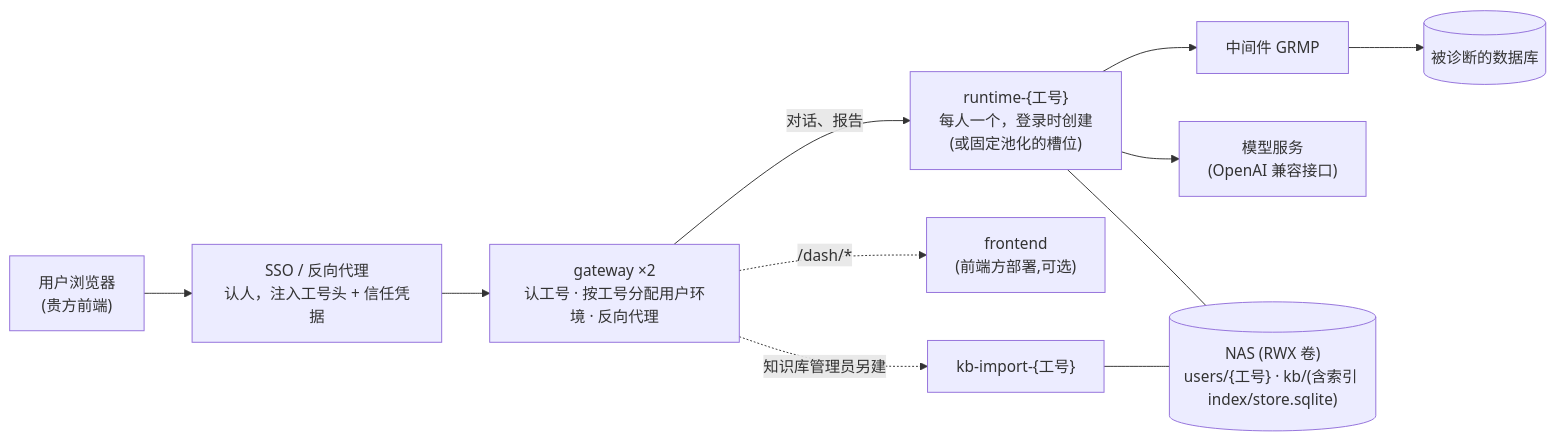
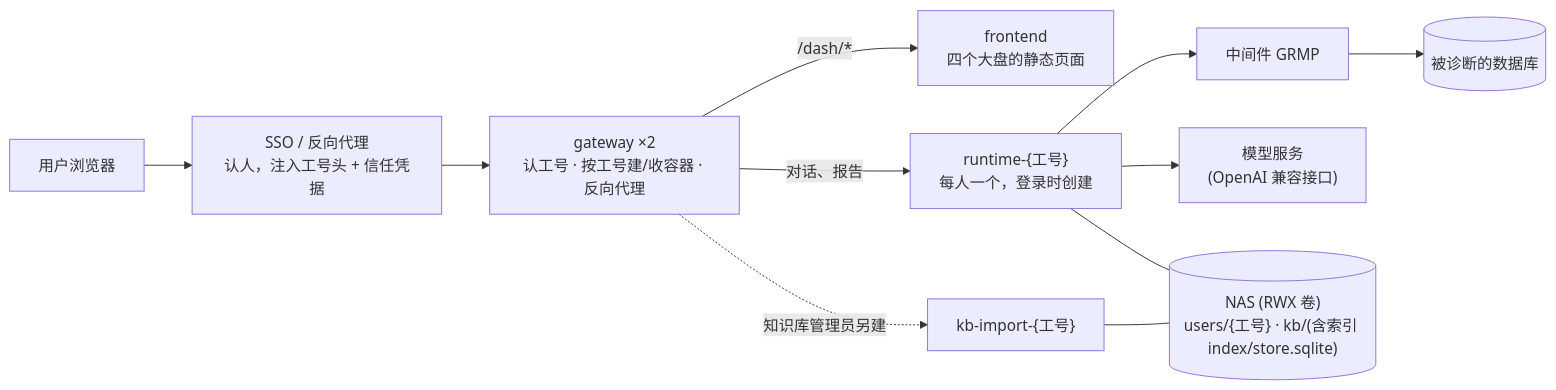
Before and after one commit to sqlrush/gh_gs_k8s_agent: the second of 4 diagrams in docs/从源码构建到K8s运行-完整手册.md, drawn with Mermaid. The commit also changed other lines of this file and 488 other files, not shown here.

````diff
--- a/docs/从源码构建到K8s运行-完整手册.md
+++ b/docs/从源码构建到K8s运行-完整手册.md
@@ -42,12 +43,12 @@
 ```mermaid
 flowchart LR
-    U["用户浏览器<br/>(贵方前端)"] --> SSO["SSO / 反向代理<br/>认人，注入工号头 + 信任凭据"]
-    SSO --> GW["gateway ×2<br/>认工号 · 按工号分配用户环境 · 反向代理"]
-    GW -->|"对话、报告"| RT["runtime-{工号}<br/>每人一个，登录时创建<br/>(或固定池化的槽位)"]
-    GW -.->|/dash/*| FE["frontend<br/>(前端方部署,可选)"]
+    U["用户浏览器"] --> SSO["SSO / 反向代理<br/>认人，注入工号头 + 信任凭据"]
+    SSO --> GW["gateway ×2<br/>认工号 · 按工号建/收容器 · 反向代理"]
+    GW -->|/dash/*| FE["frontend<br/>四个大盘的静态页面"]
+    GW -->|"对话、报告"| RT["runtime-{工号}<br/>每人一个，登录时创建"]
     GW -.->|知识库管理员另建| KI["kb-import-{工号}"]
     RT --> GRMP["中间件 GRMP"] --> DB[("被诊断的数据库")]
     RT --> LLM["模型服务<br/>(OpenAI 兼容接口)"]
     RT --- NAS[("NAS (RWX 卷)<br/>users/{工号} · kb/(含索引 index/store.sqlite)")]
     KI --- NAS
 ```
````
